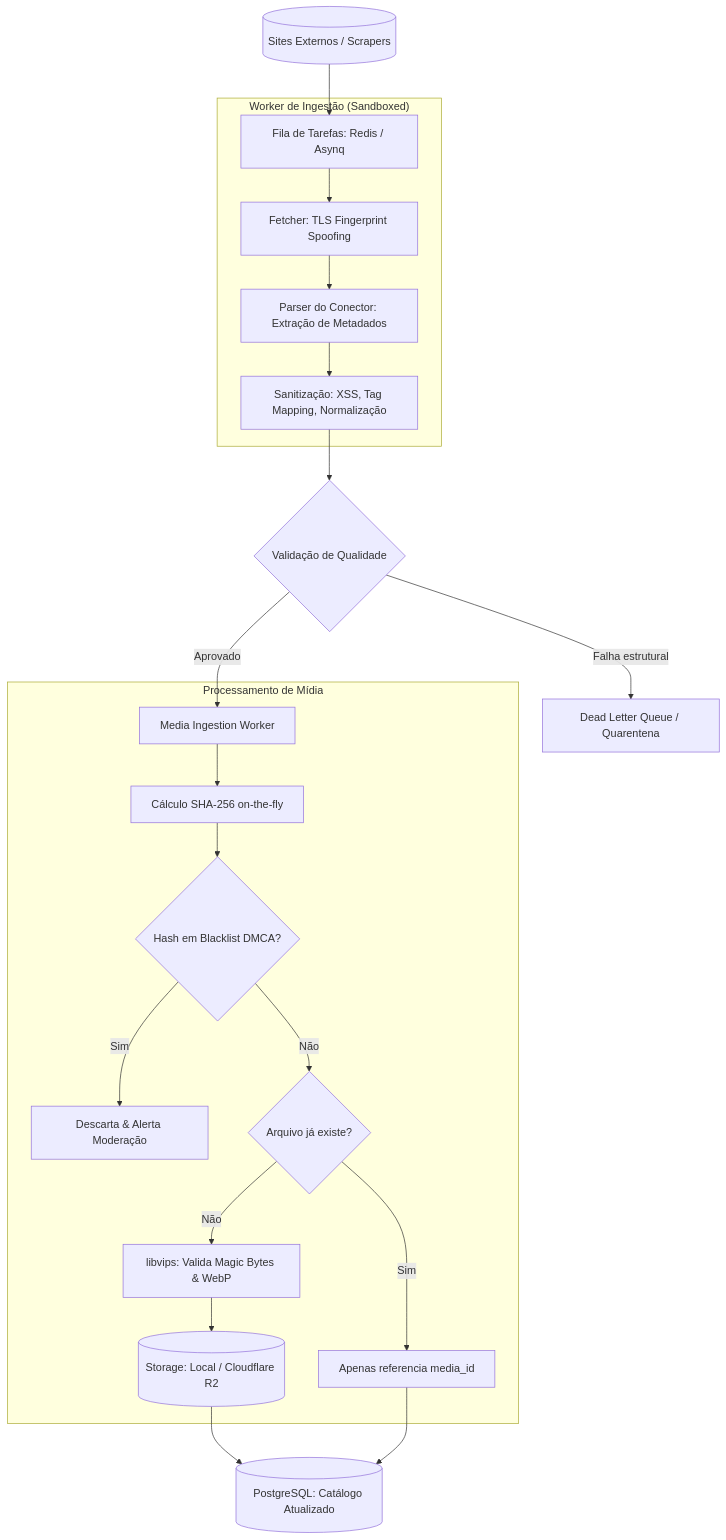
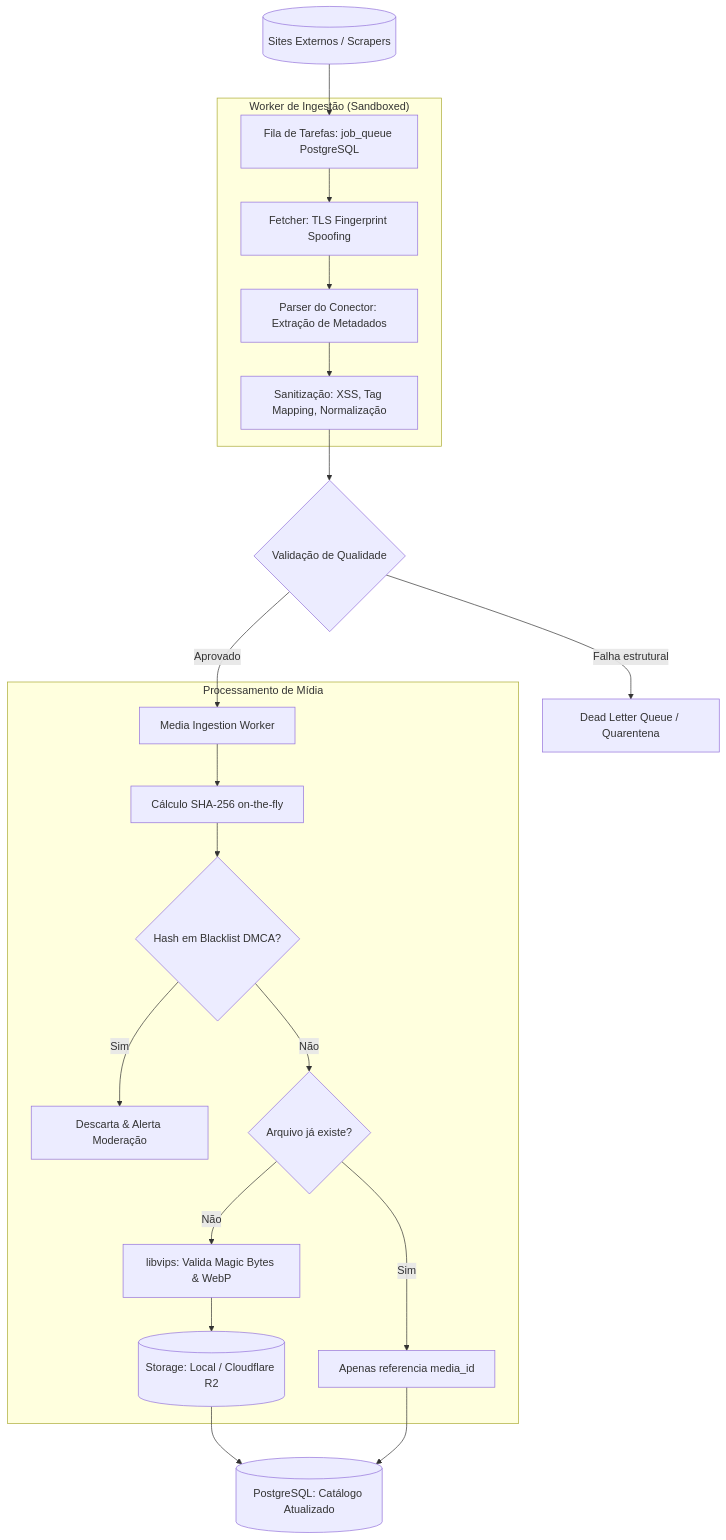
One commit to Honbakoo/docs changed the diagram in INGESTION_PIPELINE.md. Above: the diagram before and after it, drawn with Mermaid. The commit also changed other lines of this file and 19 other files, not shown here.

````diff
--- a/INGESTION_PIPELINE.md
+++ b/INGESTION_PIPELINE.md
@@ -19,28 +19,28 @@
 ```mermaid
 flowchart TD
-    ExternalSource[(Sites Externos / Scrapers)] --> IngestQueue[Fila de Tarefas: Redis / Asynq]
+    ExternalSource[(Sites Externos / Scrapers)] --> IngestQueue[Fila de Tarefas: job_queue PostgreSQL]
     
     subgraph "Worker de Ingestão (Sandboxed)"
         IngestQueue --> FetchJob[Fetcher: TLS Fingerprint Spoofing]
         FetchJob --> Parser[Parser do Conector: Extração de Metadados]
         Parser --> Sanitizer[Sanitização: XSS, Tag Mapping, Normalização]
     end
 
     Sanitizer --> QualityGate{Validação de Qualidade}
     
     QualityGate -->|Falha estrutural| DLQ[Dead Letter Queue / Quarentena]
     QualityGate -->|Aprovado| MediaDownloader[Media Ingestion Worker]
     
     subgraph "Processamento de Mídia"
         MediaDownloader --> HashCalc[Cálculo SHA-256 on-the-fly]
         HashCalc --> CheckBlacklist{Hash em Blacklist DMCA?}
         CheckBlacklist -->|Sim| AbortDrop[Descarta & Alerta Moderação]
         CheckBlacklist -->|Não| DeduplicateCheck{Arquivo já existe?}
         DeduplicateCheck -->|Sim| LinkExisting[Apenas referencia media_id]
         DeduplicateCheck -->|Não| Optimizer[libvips: Valida Magic Bytes & WebP]
         Optimizer --> StorageSave[(Storage: Local / Cloudflare R2)]
     end
 
     StorageSave --> DBCommit[(PostgreSQL: Catálogo Atualizado)]
     LinkExisting --> DBCommit
 ```
````
